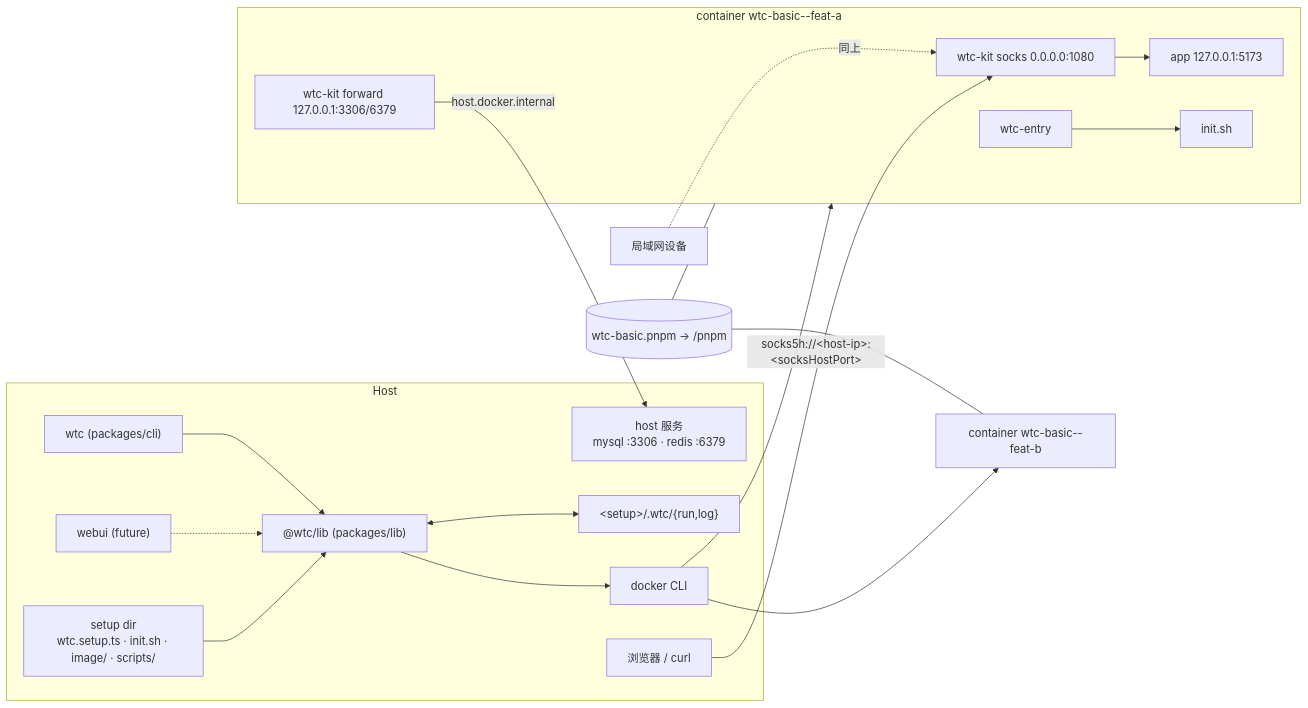
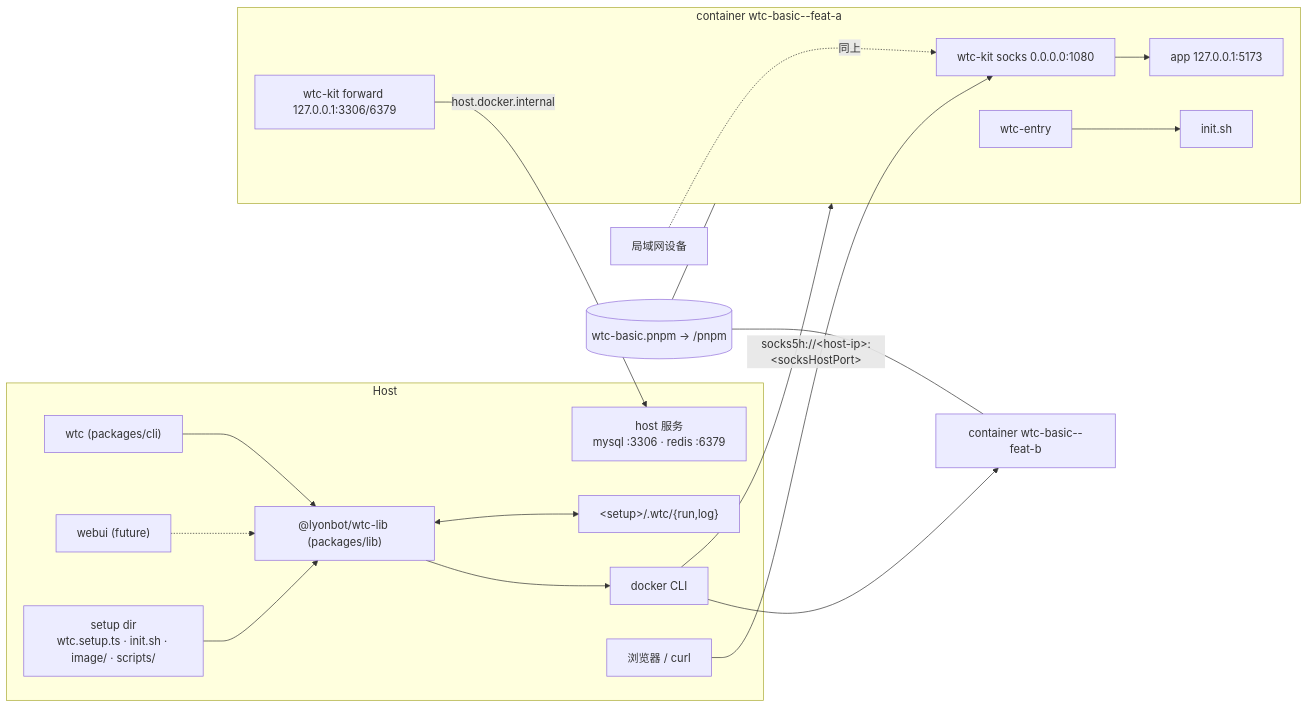
One commit to lyonbot/wtc changed the first of 4 diagrams in docs/superpowers/specs/2026-09-30-wtc-design.md. Above: the diagram before and after it, drawn with Mermaid. The commit also changed other lines of this file and 84 other files, not shown here.

First line of the commit message:
refactor: merge cli+lib into single package @lyonbot/wtc

````diff
--- a/docs/superpowers/specs/2026-09-30-wtc-design.md
+++ b/docs/superpowers/specs/2026-09-30-wtc-design.md
@@ -43,23 +43,23 @@
 ```mermaid
 flowchart LR
   subgraph host[Host]
-    CLI["wtc (packages/cli)"] --> LIB["@wtc/lib (packages/lib)"]
+    CLI["wtc (packages/cli)"] --> LIB["@lyonbot/wtc-lib (packages/lib)"]
     WEB["webui (future)"] -.-> LIB
     LIB --> RT["docker CLI"]
     LIB <--> ST8["&lt;setup&gt;/.wtc/{run,log}"]
     SETUP["setup dir<br/>wtc.setup.ts · init.sh · image/ · scripts/"] --> LIB
     SVC["host 服务<br/>mysql :3306 · redis :6379"]
     BROWSER["浏览器 / curl"]
   end
   RT --> C1 & C2
   subgraph C1["container wtc-basic--feat-a"]
     ENTRY["wtc-entry"] --> INIT["init.sh"]
     SOCKS["wtc-kit socks 0.0.0.0:1080"] --> APP["app 127.0.0.1:5173"]
     SOCAT["wtc-kit forward 127.0.0.1:3306/6379"]
   end
   C2["container wtc-basic--feat-b"]
   BROWSER -- "socks5h://&lt;host-ip&gt;:&lt;socksHostPort&gt;" --> SOCKS
   LAN["局域网设备"] -. 同上 .-> SOCKS
   SOCAT -- "host.docker.internal" --> SVC
   VOL[("wtc-basic.pnpm → /pnpm")] --- C1 & C2
 ```
````
